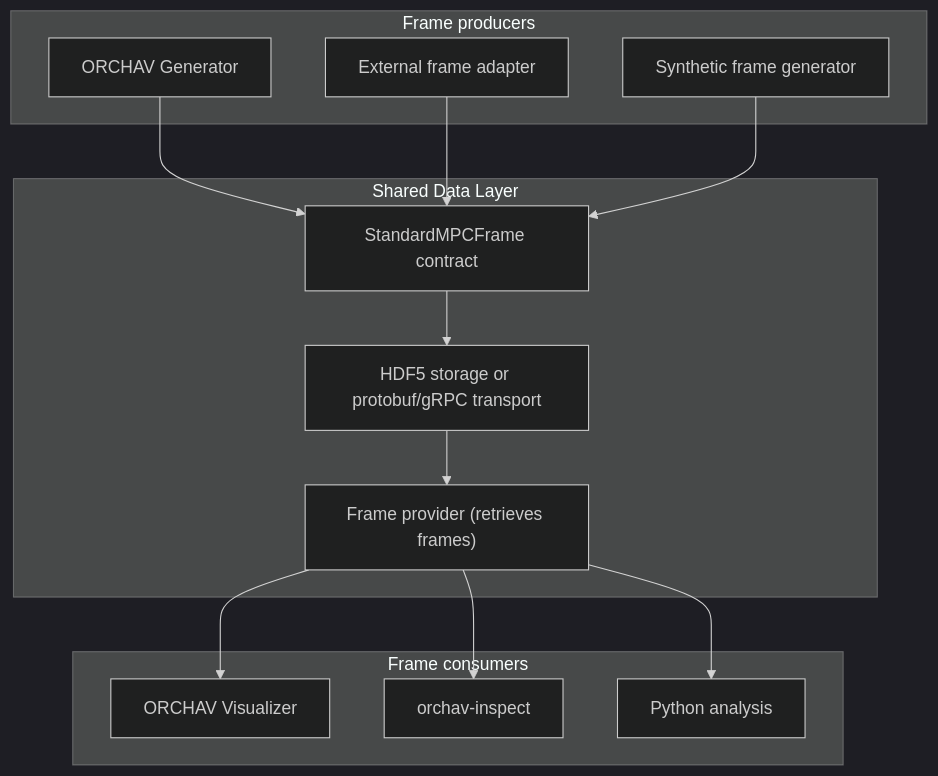
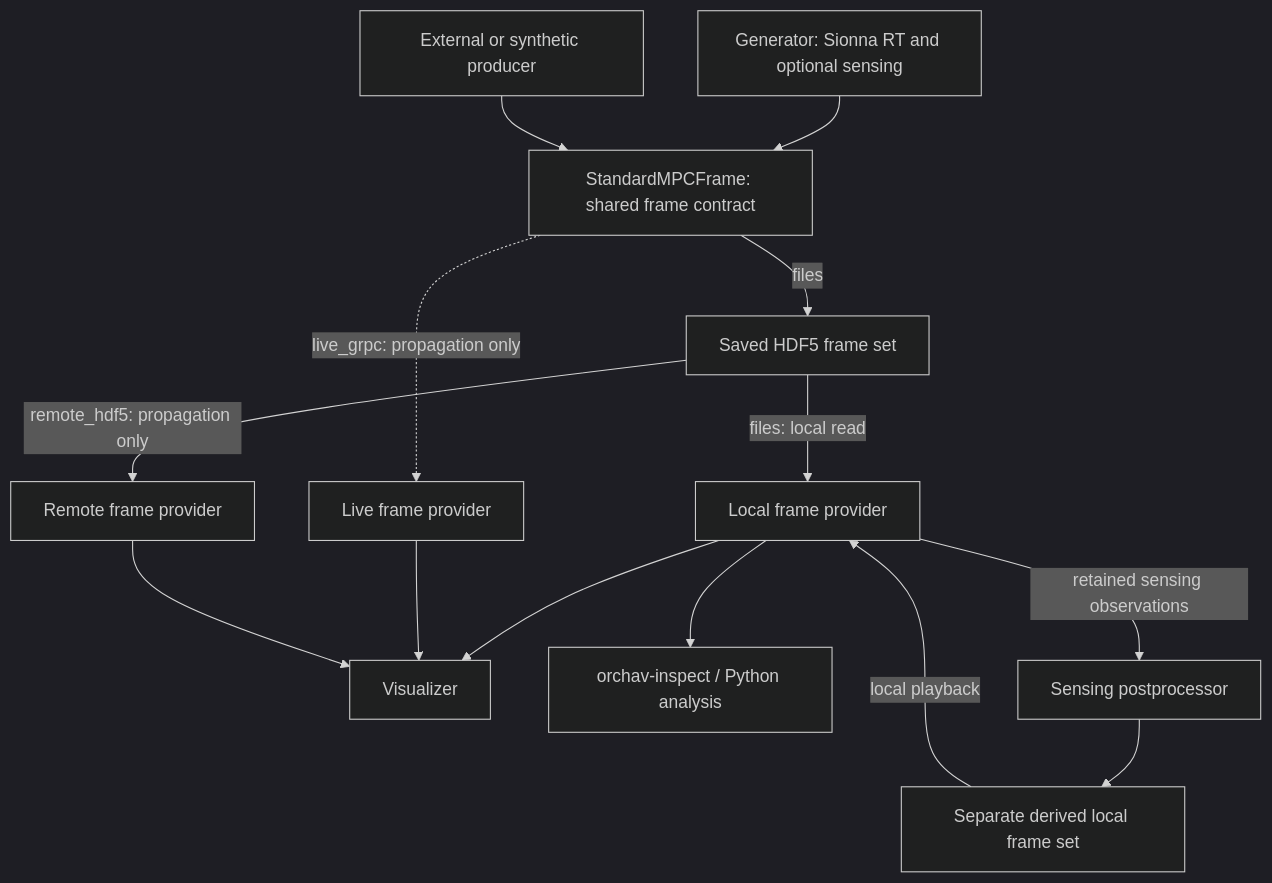
The diagram in docs/shared/README.md (usnistgov/ORCHAV), drawn with Mermaid (dark theme) before and after one commit. The commit also changed other lines of this file and 1981 other files, not shown here.

````diff
--- a/docs/shared/README.md
+++ b/docs/shared/README.md
@@ -24,28 +21,16 @@
 ```mermaid
 flowchart TB
-    subgraph Producers["Frame producers"]
-        Generator["ORCHAV Generator"]
-        External["External frame adapter"]
-        Synthetic["Synthetic frame generator"]
-    end
-
-    subgraph Shared["Shared Data Layer"]
-        Contract["StandardMPCFrame contract"]
-        Delivery["HDF5 storage or protobuf/gRPC transport"]
-        Provider["Frame provider (retrieves frames)"]
-        Contract --> Delivery --> Provider
-    end
-
-    subgraph Consumers["Frame consumers"]
-        Visualizer["ORCHAV Visualizer"]
-        Inspect["orchav-inspect"]
-        Python["Python analysis"]
-    end
-
-    Generator --> Contract
-    External --> Contract
-    Synthetic --> Contract
-    Provider --> Visualizer
-    Provider --> Inspect
-    Provider --> Python
+    Generator["Generator: Sionna RT and optional sensing"] --> Frame["StandardMPCFrame: shared frame contract"]
+    Other["External or synthetic producer"] --> Frame
+    Frame -->|"files"| Saved["Saved HDF5 frame set"]
+    Frame -.->|"live_grpc: propagation only"| Live["Live frame provider"]
+    Saved -->|"files: local read"| Local["Local frame provider"]
+    Saved -->|"remote_hdf5: propagation only"| Remote["Remote frame provider"]
+    Local --> View["Visualizer"]
+    Live --> View
+    Remote --> View
+    Local --> Inspect["orchav-inspect / Python analysis"]
+    Local -->|"retained sensing observations"| Process["Sensing postprocessor"]
+    Process --> Derived["Separate derived local frame set"]
+    Derived -->|"local playback"| Local
 ```
````
